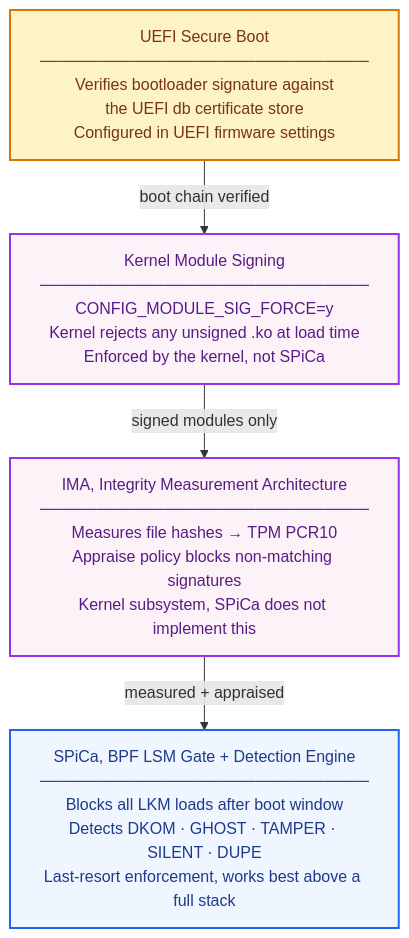
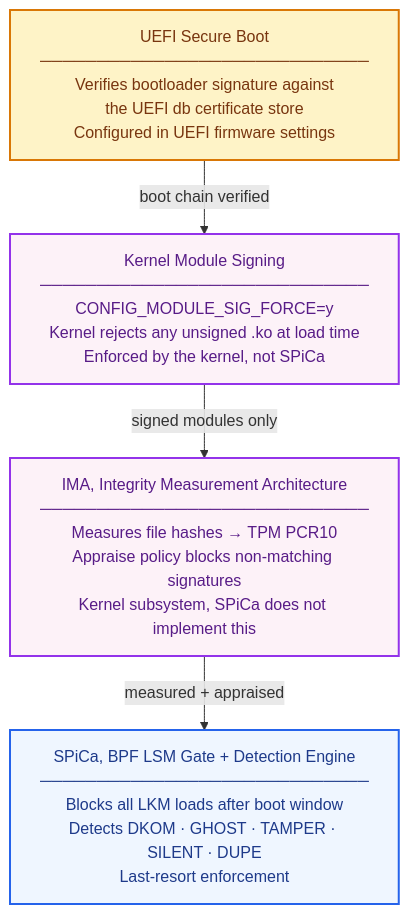
Before and after one commit to 0xKirisame/SPiCa: the second of 2 diagrams in README.md, drawn with Mermaid. The commit also changed other lines of this file and 1 other file, not shown here.

First line of the commit message:
SPiCa v4 docs: rewrite README for honest threat model, add design spec

````diff
--- a/README.md
+++ b/README.md
@@ -302,22 +165,18 @@
 ```mermaid
 flowchart TD
-    SB["UEFI Secure Boot\n─────────────────────────────\nVerifies bootloader signature against\nthe UEFI db certificate store\nConfigured in UEFI firmware settings"]
-
-    MS["Kernel Module Signing\n─────────────────────────────\nCONFIG_MODULE_SIG_FORCE=y\nKernel rejects any unsigned .ko at load time\nEnforced by the kernel, not SPiCa"]
-
-    IMA["IMA, Integrity Measurement Architecture\n─────────────────────────────\nMeasures file hashes → TPM PCR10\nAppraise policy blocks non-matching signatures\nKernel subsystem, SPiCa does not implement this"]
-
-    SPICA["SPiCa, BPF LSM Gate + Detection Engine\n─────────────────────────────\nBlocks all LKM loads after boot window\nDetects DKOM · GHOST · TAMPER · SILENT · DUPE\nLast-resort enforcement, works best above a full stack"]
+    SB["UEFI Secure Boot<br/>─────────────────────────────<br/>Verifies bootloader signature against<br/>the UEFI db certificate store<br/>Configured in UEFI firmware settings"]
+    MS["Kernel Module Signing<br/>─────────────────────────────<br/>CONFIG_MODULE_SIG_FORCE=y<br/>Kernel rejects any unsigned .ko at load time<br/>Enforced by the kernel, not SPiCa"]
+    IMA["IMA, Integrity Measurement Architecture<br/>─────────────────────────────<br/>Measures file hashes → TPM PCR10<br/>Appraise policy blocks non-matching signatures<br/>Kernel subsystem, SPiCa does not implement this"]
+    SPICA["SPiCa, BPF LSM Gate + Detection Engine<br/>─────────────────────────────<br/>Blocks all LKM loads after boot window<br/>Detects DKOM · GHOST · TAMPER · SILENT · DUPE<br/>Last-resort enforcement"]
 
     SB  -->|"boot chain verified"| MS
     MS  -->|"signed modules only"| IMA
     IMA -->|"measured + appraised"| SPICA
 
     classDef firmware fill:#fef3c7,stroke:#d97706,stroke-width:2px,color:#78350f
     classDef kernel   fill:#fdf2f8,stroke:#9333ea,stroke-width:2px,color:#581c87
     classDef spica    fill:#eff6ff,stroke:#2563eb,stroke-width:2px,color:#1e3a8a
-
     class SB firmware
     class MS,IMA kernel
     class SPICA spica
 ```
````
